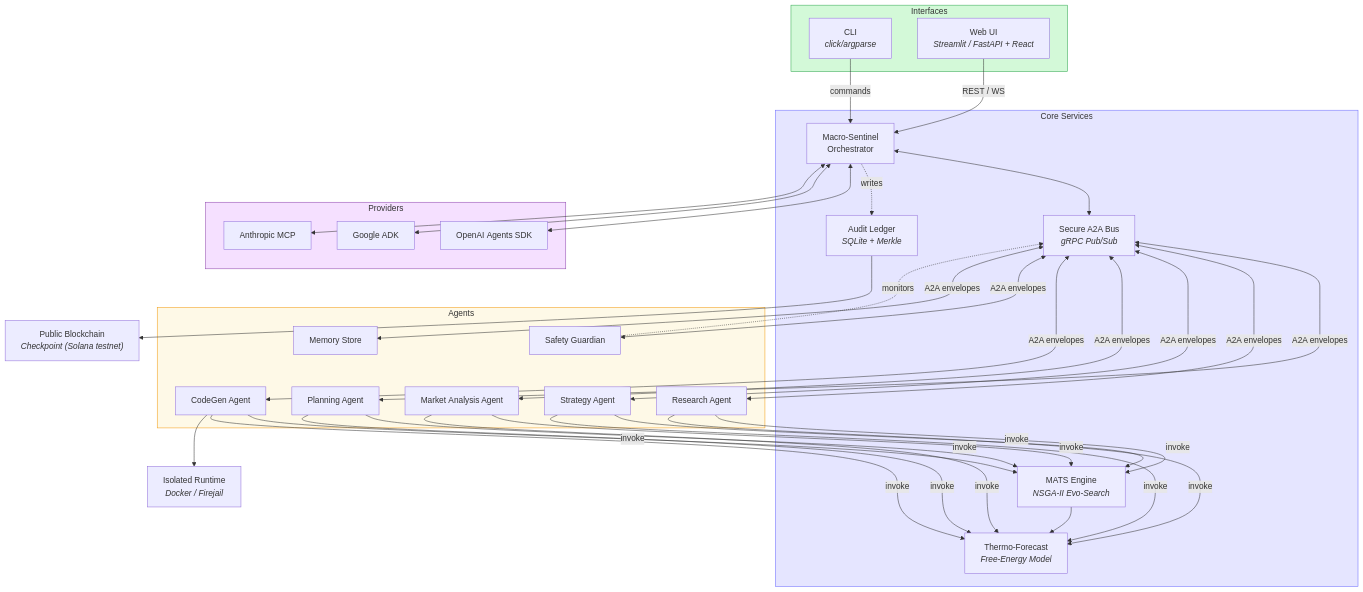
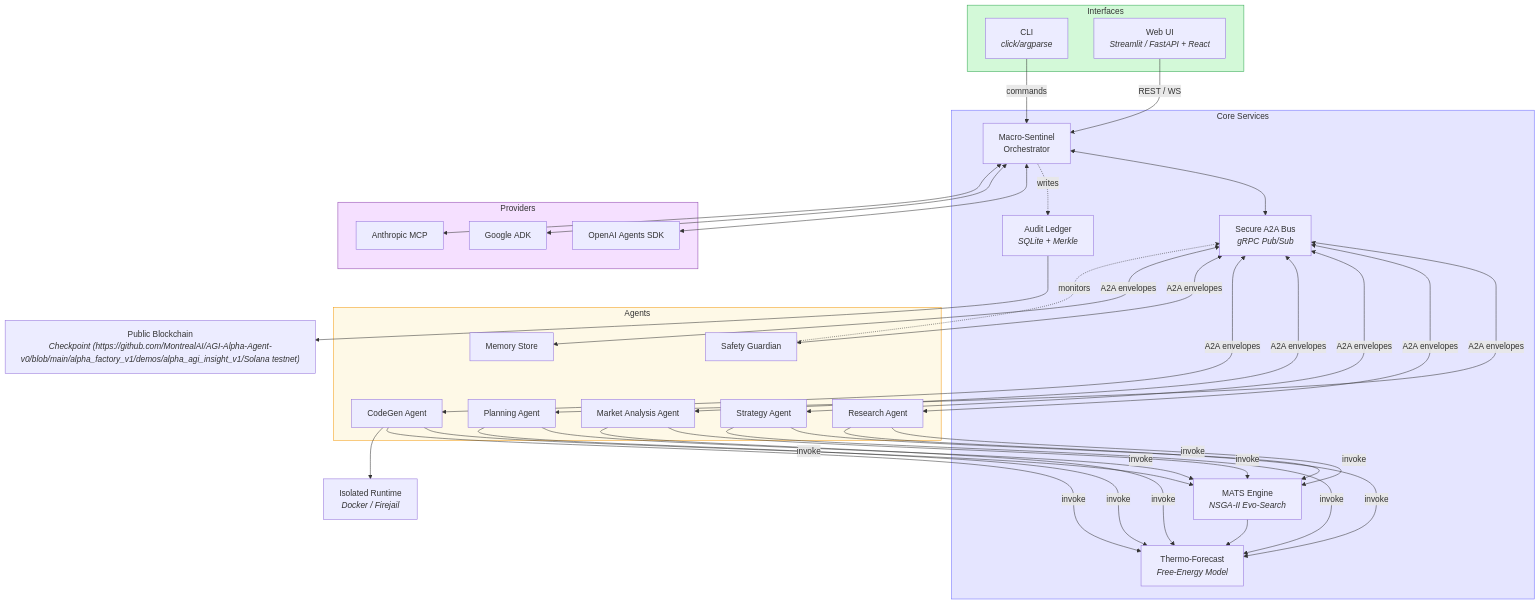
Before and after one commit to MontrealAI/AGI-Alpha-Agent-v0: the first of 2 diagrams in docs/demos/alpha_agi_insight_v1.md, drawn with Mermaid. The commit also changed other lines of this file and 22 other files, not shown here.

````diff
--- a/docs/demos/alpha_agi_insight_v1.md
+++ b/docs/demos/alpha_agi_insight_v1.md
@@ -55,77 +56,77 @@
 ```mermaid
 flowchart TD
   %% ---------- Interface Layer ----------
   subgraph Interfaces
     CLI["CLI<br/><i>click/argparse</i>"]
     WEB["Web UI<br/><i>Streamlit / FastAPI + React</i>"]
   end
 
   %% ---------- Core Services ----------
   subgraph Core["Core Services"]
     ORCH["Macro‑Sentinel<br/>Orchestrator"]
     BUS["Secure A2A Bus<br/><i>gRPC Pub/Sub</i>"]
     LEDGER["Audit Ledger<br/><i>SQLite + Merkle</i>"]
     MATS["MATS Engine<br/><i>NSGA‑II Evo‑Search</i>"]
     FORECAST["Thermo‑Forecast<br/><i>Free‑Energy Model</i>"]
   end
 
   %% ---------- Agents ----------
   subgraph Agents
     PLAN["Planning Agent"]
     RESEARCH["Research Agent"]
     STRAT["Strategy Agent"]
     MARKET["Market Analysis Agent"]
     CODE["CodeGen Agent"]
     SAFE["Safety Guardian"]
     MEMORY["Memory Store"]
   end
 
   %% ---------- Providers & Runtime ----------
   subgraph Providers
     OPENAI["OpenAI Agents SDK"]
     ADK["Google ADK"]
     MCP["Anthropic MCP"]
   end
   SANDBOX["Isolated Runtime<br/><i>Docker / Firejail</i>"]
-  CHAIN["Public Blockchain<br/><i>Checkpoint (Solana testnet)</i>"]
+  CHAIN["Public Blockchain<br/><i>Checkpoint (https://github.com/MontrealAI/AGI-Alpha-Agent-v0/blob/main/alpha_factory_v1/demos/alpha_agi_insight_v1/Solana testnet)</i>"]
 
   %% ---------- Edges ----------
   CLI -->|commands| ORCH
   WEB -->|REST / WS| ORCH
 
   ORCH <--> BUS
   BUS <-->|A2A envelopes| PLAN
   BUS <-->|A2A envelopes| RESEARCH
   BUS <-->|A2A envelopes| STRAT
   BUS <-->|A2A envelopes| MARKET
   BUS <-->|A2A envelopes| CODE
   BUS <-->|A2A envelopes| SAFE
   BUS <-->|A2A envelopes| MEMORY
 
   SAFE -. monitors .-> BUS
 
   PLAN & RESEARCH & STRAT & MARKET & CODE -->|invoke| MATS
   PLAN & RESEARCH & STRAT & MARKET & CODE -->|invoke| FORECAST
   MATS --> FORECAST
 
   CODE --> SANDBOX
 
   ORCH -. writes .-> LEDGER
   LEDGER --> CHAIN
 
   ORCH <--> OPENAI
   ORCH <--> ADK
   ORCH <--> MCP
 
   MEMORY --- Agents
 
   %% ---------- Styling ----------
   classDef iface fill:#d3f9d8,stroke:#34a853,stroke-width:1px;
   classDef core fill:#e5e5ff,stroke:#6b6bff,stroke-width:1px;
   classDef agents fill:#fef9e7,stroke:#f39c12,stroke-width:1px;
   classDef provider fill:#f5e0ff,stroke:#8e44ad,stroke-width:1px;
   class Interfaces iface
   class Core core
   class Agents agents
   class Providers provider
 ```
````
